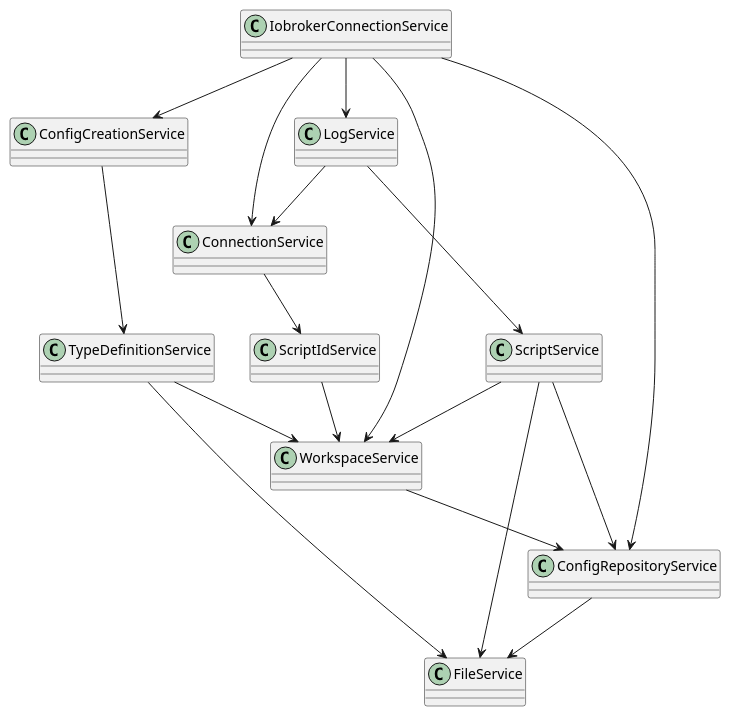
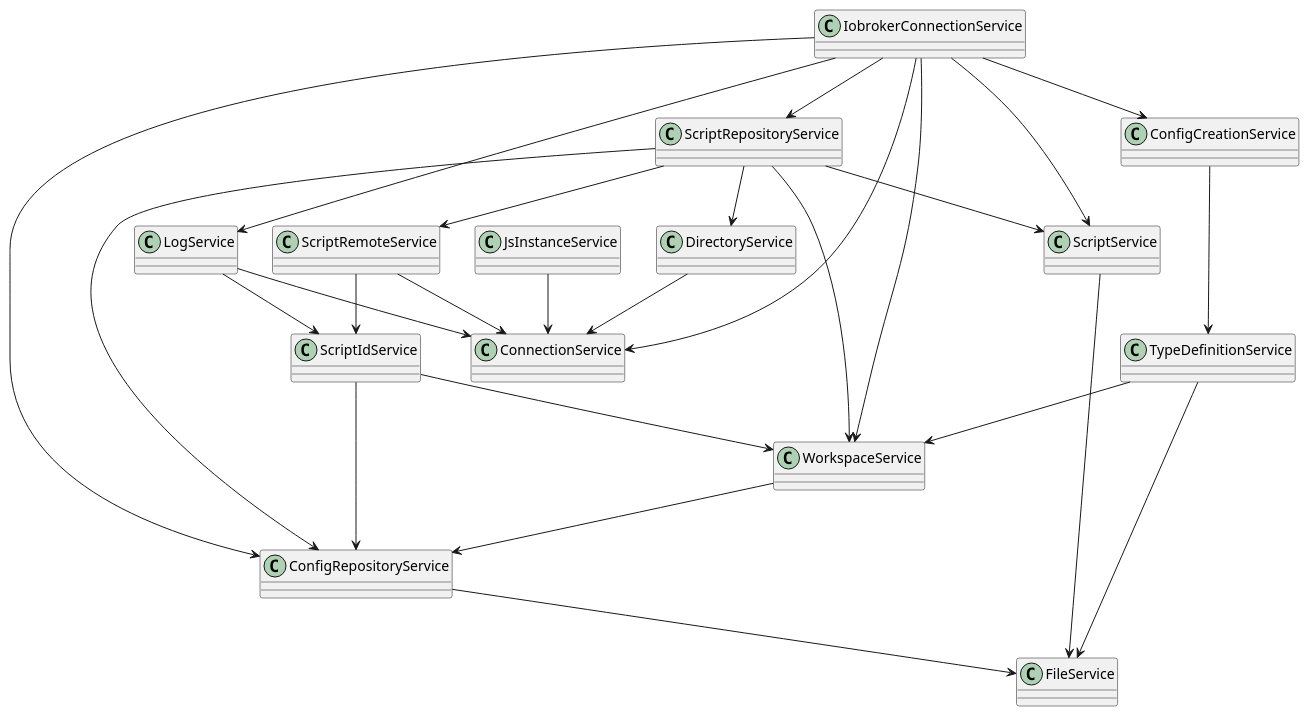
The diagram in doc/diagrams/servicesClassDiagram.puml (nokxs/iobroker-javascript-vs-code-extension), drawn with PlantUML before and after one commit. The commit also changed 1 other file, not shown here.

```diff
--- a/doc/diagrams/servicesClassDiagram.puml
+++ b/doc/diagrams/servicesClassDiagram.puml
@@ -1,30 +1,44 @@
 @startuml Services
 class ConfigCreationService
 class ConfigRepositoryService
 class ConnectionService
+class DirectoryService
+class FileService
 class IobrokerConnectionService
+class JsInstanceService
 class LogService
-class TypeDefinitionService
-class WorkspaceService
 class FileService
 class ScriptService
 class ScriptIdService
+class ScriptRemoteService
+class ScriptRepositoryService
+class TypeDefinitionService
+class WorkspaceService
 
 ConfigCreationService --> TypeDefinitionService
 ConfigRepositoryService --> FileService
-ConnectionService --> ScriptIdService
+DirectoryService --> ConnectionService
 IobrokerConnectionService --> ConfigCreationService
 IobrokerConnectionService --> ConfigRepositoryService
 IobrokerConnectionService --> ConnectionService
 IobrokerConnectionService --> WorkspaceService
 IobrokerConnectionService --> LogService
+IobrokerConnectionService --> ScriptService
+IobrokerConnectionService --> ScriptRepositoryService
+JsInstanceService --> ConnectionService
 LogService --> ConnectionService
-LogService --> ScriptService
+LogService --> ScriptIdService
+ScriptService --> FileService
+ScriptIdService --> WorkspaceService
+ScriptIdService --> ConfigRepositoryService
+ScriptRemoteService --> ConnectionService
+ScriptRemoteService --> ScriptIdService
+ScriptRepositoryService --> ScriptRemoteService
+ScriptRepositoryService --> DirectoryService
+ScriptRepositoryService --> ConfigRepositoryService
+ScriptRepositoryService --> ScriptService
+ScriptRepositoryService --> WorkspaceService
 TypeDefinitionService --> FileService
 TypeDefinitionService --> WorkspaceService
 WorkspaceService --> ConfigRepositoryService
-ScriptService --> WorkspaceService
-ScriptService --> FileService
-ScriptService --> ConfigRepositoryService
-ScriptIdService --> WorkspaceService
 @enduml
```
